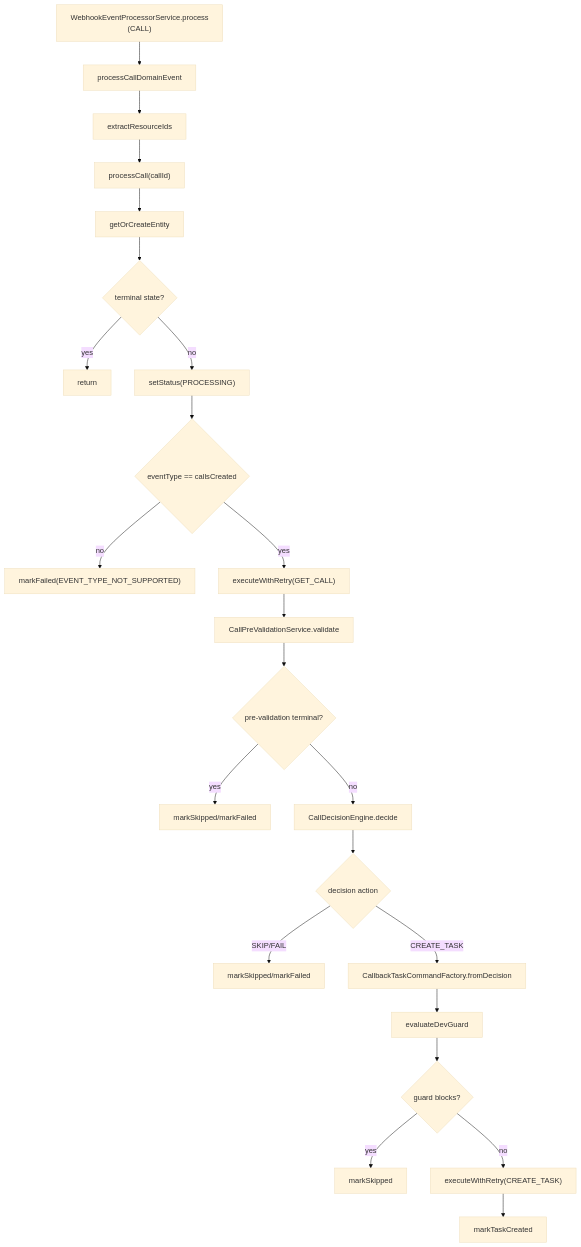
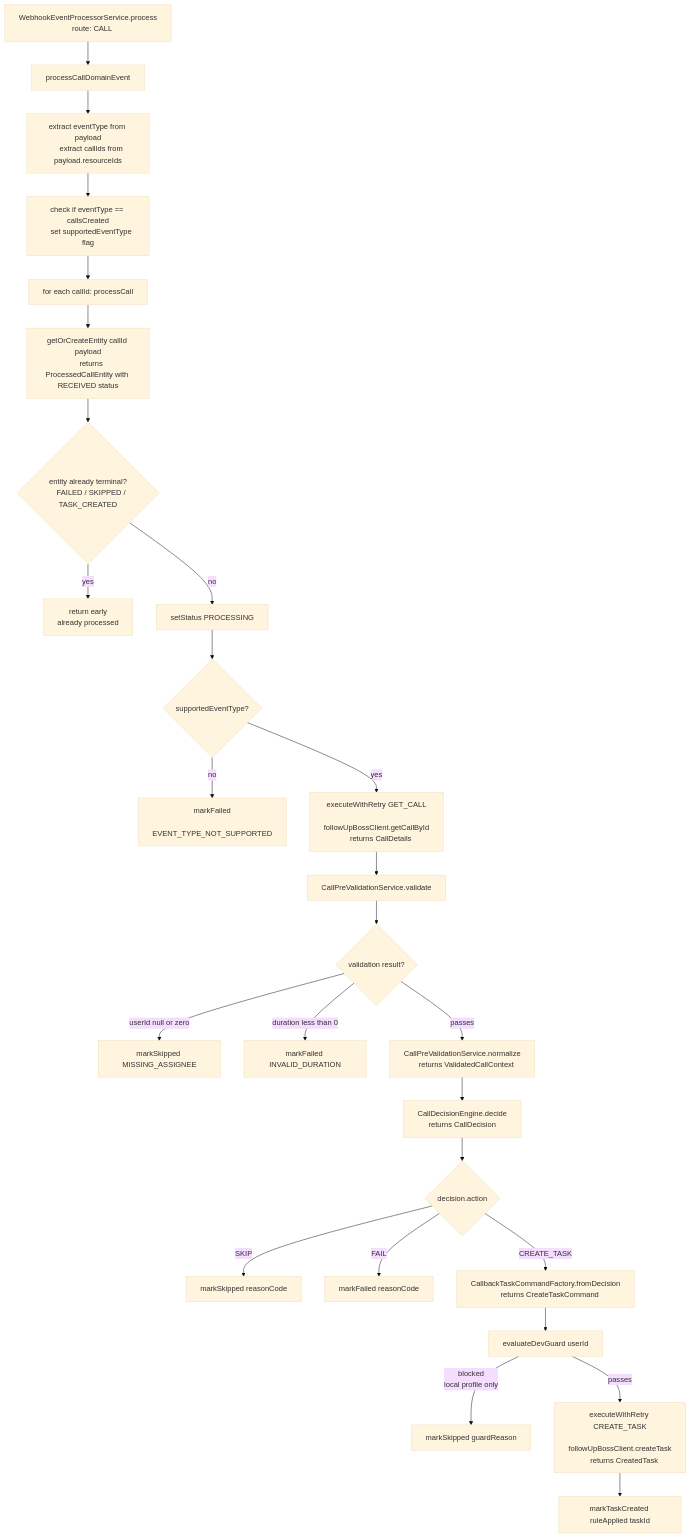
One commit to sarathkumar365/FUB-Automation changed the third of 6 diagrams in Docs/features/lead-management-platform/current-state-implementation-deep-dive.md. Above: the diagram before and after it, drawn with Mermaid (base theme). The commit also changed other lines of this file, not shown here.

First line of the commit message:
docs(lead-management): rewrite implementation deep-dive with full backend coverage, business context, and startup guide

````diff
--- a/Docs/features/lead-management-platform/current-state-implementation-deep-dive.md
+++ b/Docs/features/lead-management-platform/current-state-implementation-deep-dive.md
@@ -153,25 +628,43 @@
 ```mermaid
 flowchart TB
-    A["WebhookEventProcessorService.process\n(CALL)"] --> B["processCallDomainEvent"]
-    B --> C["extractResourceIds"]
-    C --> D["processCall(callId)"]
-    D --> E["getOrCreateEntity"]
-    E --> F{"terminal state?"}
-    F -->|"yes"| G["return"]
-    F -->|"no"| H["setStatus(PROCESSING)"]
-    H --> I{"eventType == callsCreated"}
-    I -->|"no"| J["markFailed(EVENT_TYPE_NOT_SUPPORTED)"]
-    I -->|"yes"| K["executeWithRetry(GET_CALL)"]
-    K --> L["CallPreValidationService.validate"]
-    L --> M{"pre-validation terminal?"}
-    M -->|"yes"| N["markSkipped/markFailed"]
-    M -->|"no"| O["CallDecisionEngine.decide"]
-    O --> P{"decision action"}
-    P -->|"SKIP/FAIL"| Q["markSkipped/markFailed"]
-    P -->|"CREATE_TASK"| R["CallbackTaskCommandFactory.fromDecision"]
-    R --> S["evaluateDevGuard"]
-    S --> T{"guard blocks?"}
-    T -->|"yes"| U["markSkipped"]
-    T -->|"no"| V["executeWithRetry(CREATE_TASK)"]
-    V --> W["markTaskCreated"]
+    A["WebhookEventProcessorService.process
+    route: CALL"] --> B["processCallDomainEvent"]
+    B --> B1["extract eventType from payload
+    extract callIds from payload.resourceIds"]
+    B1 --> B2["check if eventType == callsCreated
+    set supportedEventType flag"]
+    B2 --> C["for each callId: processCall"]
+    C --> D["getOrCreateEntity callId payload
+    returns ProcessedCallEntity with RECEIVED status"]
+    D --> E{"entity already terminal?
+    FAILED / SKIPPED / TASK_CREATED"}
+    E -->|yes| F["return early
+    already processed"]
+    E -->|no| G["setStatus PROCESSING"]
+    G --> H{"supportedEventType?"}
+    H -->|no| H1["markFailed
+    EVENT_TYPE_NOT_SUPPORTED"]
+    H -->|yes| I["executeWithRetry GET_CALL
+    followUpBossClient.getCallById
+    returns CallDetails"]
+    I --> J["CallPreValidationService.validate"]
+    J --> K{"validation result?"}
+    K -->|"userId null or zero"| K1["markSkipped MISSING_ASSIGNEE"]
+    K -->|"duration less than 0"| K2["markFailed INVALID_DURATION"]
+    K -->|passes| L["CallPreValidationService.normalize
+    returns ValidatedCallContext"]
+    L --> M["CallDecisionEngine.decide
+    returns CallDecision"]
+    M --> N{"decision.action"}
+    N -->|SKIP| N1["markSkipped reasonCode"]
+    N -->|FAIL| N2["markFailed reasonCode"]
+    N -->|CREATE_TASK| O["CallbackTaskCommandFactory.fromDecision
+    returns CreateTaskCommand"]
+    O --> P["evaluateDevGuard userId"]
+    P -->|"blocked
+    local profile only"| P1["markSkipped guardReason"]
+    P -->|passes| Q["executeWithRetry CREATE_TASK
+    followUpBossClient.createTask
+    returns CreatedTask"]
+    Q --> R["markTaskCreated ruleApplied taskId"]
 ```
````
